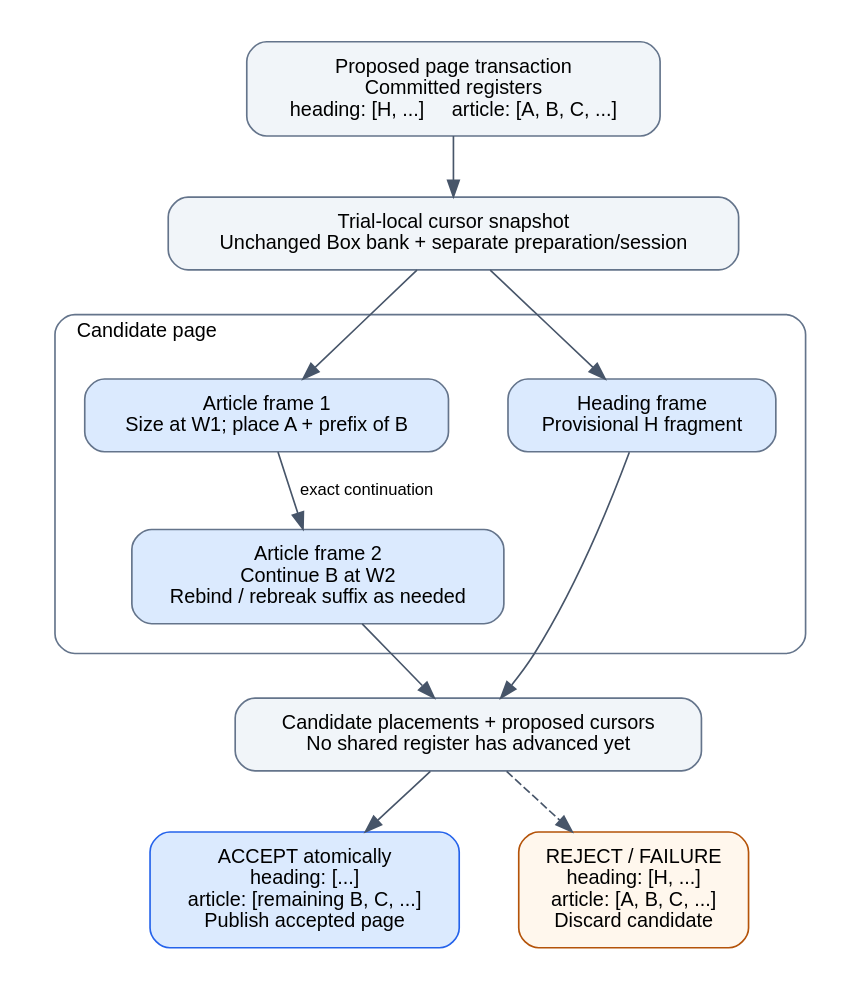
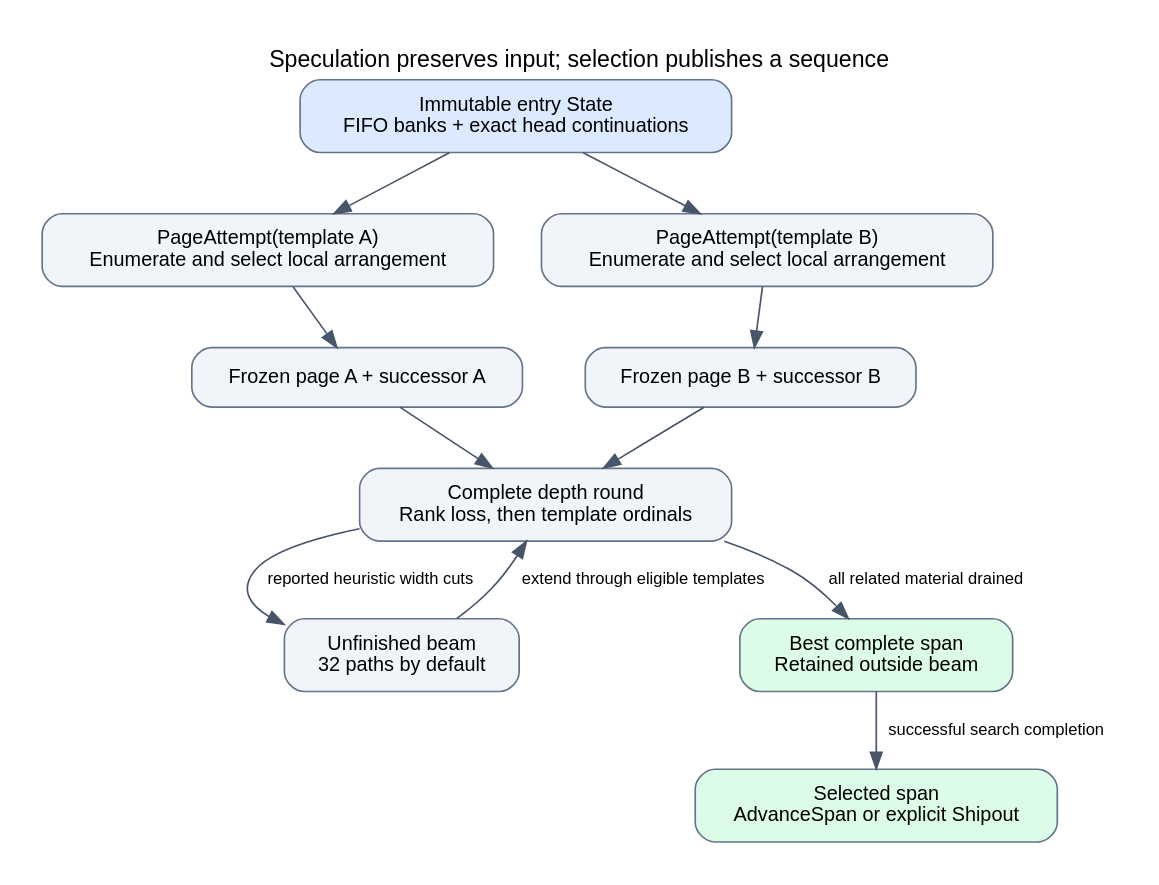
The diagram in doc/diagrams/design-flows.dot (npillmayer/pagelayout), drawn with Graphviz before and after one commit. The commit also changed 77 other files, not shown here.

```diff
--- a/doc/diagrams/design-flows.dot
+++ b/doc/diagrams/design-flows.dot
@@ -1,34 +1,25 @@
-digraph TrialRegisters {
-  graph [rankdir=TB, bgcolor="white", pad=0.25, nodesep=0.5, ranksep=0.5,
-         fontname="Helvetica", fontsize=12];
+digraph Layout {
+  graph [rankdir=TB, bgcolor="white", pad=0.25, nodesep=0.4, ranksep=0.5,
+         fontname="Helvetica", fontsize=14];
   node [shape=box, style="rounded,filled", fillcolor="#f1f5f9", color="#64748b",
         fontname="Helvetica", fontsize=12, margin="0.18,0.12"];
   edge [color="#475569", fontname="Helvetica", fontsize=10];
-
-  committed [label="Proposed page transaction\nCommitted registers\nheading: [H, ...]     article: [A, B, C, ...]"];
-  snapshot [label="Trial-local cursor snapshot\nUnchanged Box bank + separate preparation/session"];
-  subgraph cluster_trial {
-    label="Candidate page";
-    labeljust=l;
-    color="#64748b";
-    style=rounded;
-    margin=18;
-    heading [label="Heading frame\nProvisional H fragment", fillcolor="#dbeafe"];
-    first [label="Article frame 1\nSize at W1; place A + prefix of B", fillcolor="#dbeafe"];
-    second [label="Article frame 2\nContinue B at W2\nRebind / rebreak suffix as needed", fillcolor="#dbeafe"];
-    { rank=same; heading; first; }
-    first -> second [label="exact continuation"];
-  }
-  decision [label="Candidate placements + proposed cursors\nNo shared register has advanced yet"];
-  accept [label="ACCEPT atomically\nheading: [...]\narticle: [remaining B, C, ...]\nPublish accepted page", fillcolor="#dbeafe", color="#2563eb"];
-  reject [label="REJECT / FAILURE\nheading: [H, ...]\narticle: [A, B, C, ...]\nDiscard candidate", fillcolor="#fff7ed", color="#b45309"];
-
-  committed -> snapshot;
-  snapshot -> heading;
-  snapshot -> first;
-  heading -> decision;
-  second -> decision;
-  decision -> accept;
-  decision -> reject [style=dashed];
-  { rank=same; accept; reject; }
+  graph [label="Speculation preserves input; selection publishes a sequence", labelloc=t];
+  state [label="Immutable entry State\nFIFO banks + exact head continuations", fillcolor="#dbeafe"];
+  a [label="PageAttempt(template A)\nEnumerate and select local arrangement"];
+  b [label="PageAttempt(template B)\nEnumerate and select local arrangement"];
+  ca [label="Frozen page A + successor A"];
+  cb [label="Frozen page B + successor B"];
+  round [label="Complete depth round\nRank loss, then template ordinals"];
+  beam [label="Unfinished beam\n32 paths by default"];
+  best [label="Best complete span\nRetained outside beam", fillcolor="#dcfce7"];
+  select [label="Selected span\nAdvanceSpan or explicit Shipout", fillcolor="#dcfce7"];
+  state -> a -> ca -> round;
+  state -> b -> cb -> round;
+  round -> beam [label="reported heuristic width cuts"];
+  beam -> round [label="extend through eligible templates"];
+  round -> best [label="all related material drained"];
+  best -> select [label="successful search completion"];
+  { rank=same; a; b; }
+  { rank=same; ca; cb; }
 }
```
